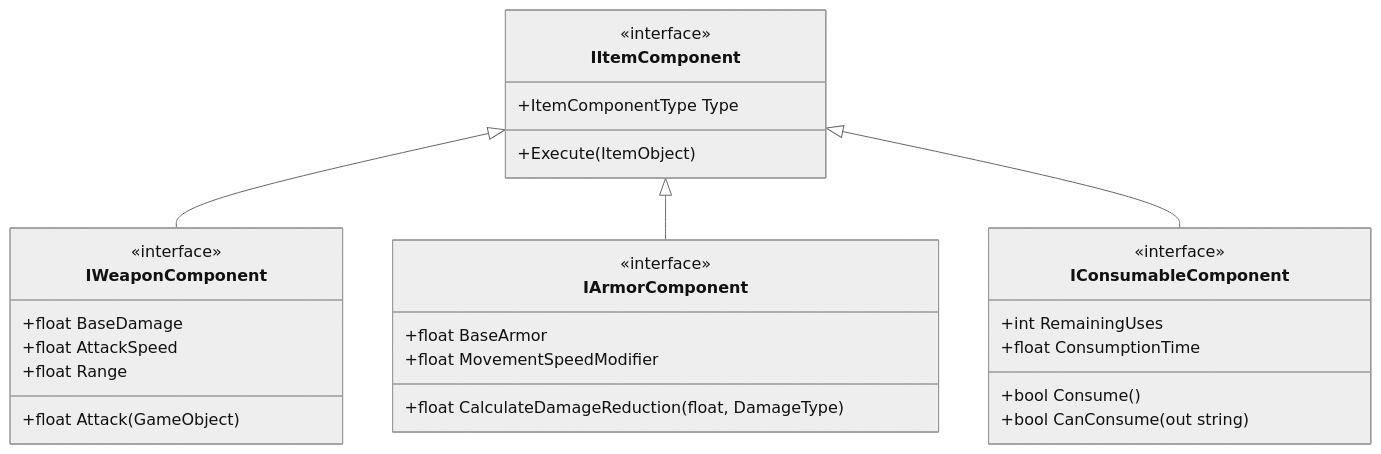
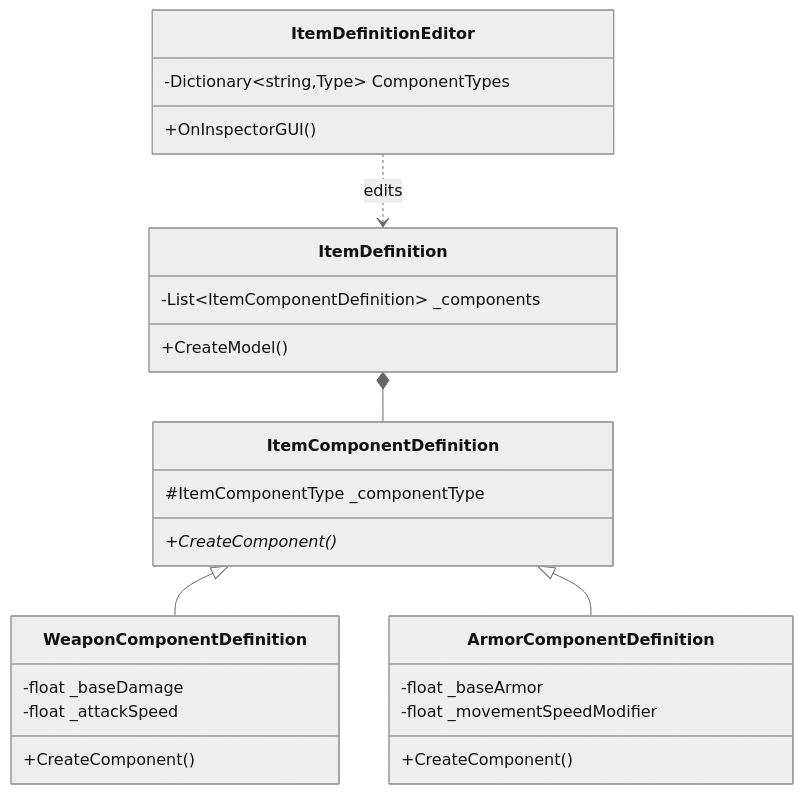
The second of 4 diagrams in Assets/Docs/Deisgn/Architecture.md (Coelancanth/matchRPG), drawn with Mermaid (neutral theme) before and after one commit. The commit also changed other lines of this file and 19 other files, not shown here.

First line of the commit message:
refactor(item): improve component system with custom editors

````diff
--- a/Assets/Docs/Deisgn/Architecture.md
+++ b/Assets/Docs/Deisgn/Architecture.md
@@ -54,35 +41,34 @@
 ```mermaid
 classDiagram
-    class IItemComponent {
-        <<interface>>
-        +ItemComponentType Type
-        +Execute(ItemObject)
+    class ItemDefinition {
+        -List~ItemComponentDefinition~ _components
+        +CreateModel()
     }
 
-    class IWeaponComponent {
-        <<interface>>
-        +float BaseDamage
-        +float AttackSpeed
-        +float Range
-        +float Attack(GameObject)
+    class ItemComponentDefinition {
+        #ItemComponentType _componentType
+        +CreateComponent()*
     }
 
-    class IArmorComponent {
-        <<interface>>
-        +float BaseArmor
-        +float MovementSpeedModifier
-        +float CalculateDamageReduction(float, DamageType)
+    class WeaponComponentDefinition {
+        -float _baseDamage
+        -float _attackSpeed
+        +CreateComponent()
     }
 
-    class IConsumableComponent {
-        <<interface>>
-        +int RemainingUses
-        +float ConsumptionTime
-        +bool Consume()
-        +bool CanConsume(out string)
+    class ArmorComponentDefinition {
+        -float _baseArmor
+        -float _movementSpeedModifier
+        +CreateComponent()
     }
 
-    IItemComponent <|-- IWeaponComponent
-    IItemComponent <|-- IArmorComponent
-    IItemComponent <|-- IConsumableComponent
+    class ItemDefinitionEditor {
+        -Dictionary~string,Type~ ComponentTypes
+        +OnInspectorGUI()
+    }
+
+    ItemDefinition *-- ItemComponentDefinition
+    ItemComponentDefinition <|-- WeaponComponentDefinition
+    ItemComponentDefinition <|-- ArmorComponentDefinition
+    ItemDefinitionEditor ..> ItemDefinition : edits
 ```
````
